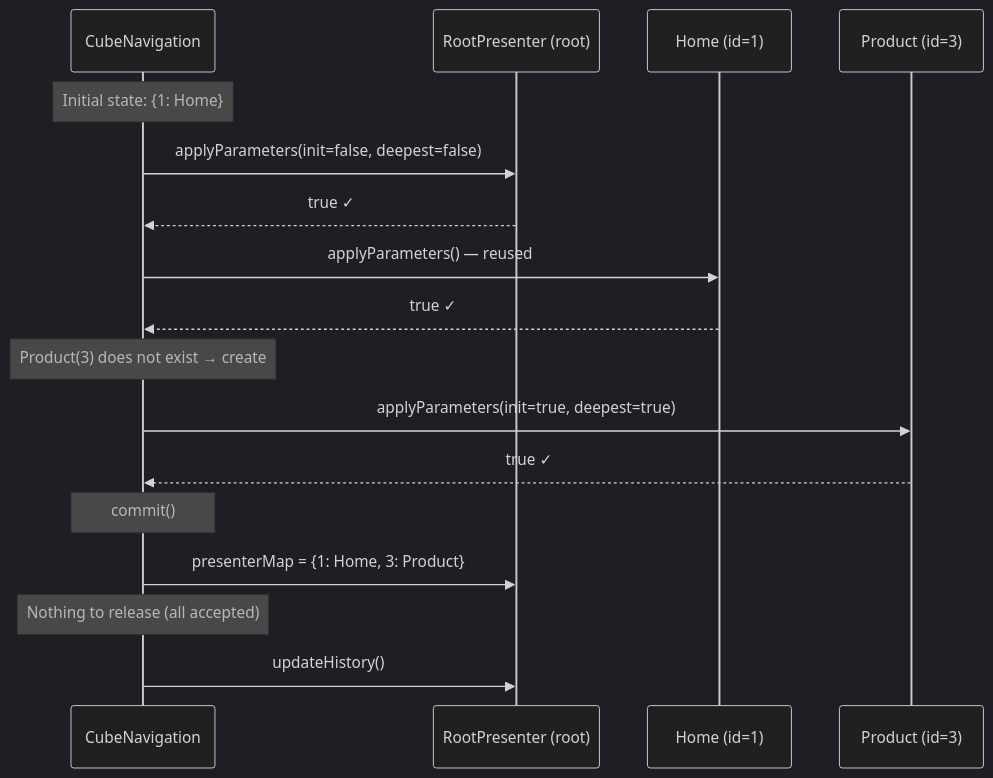
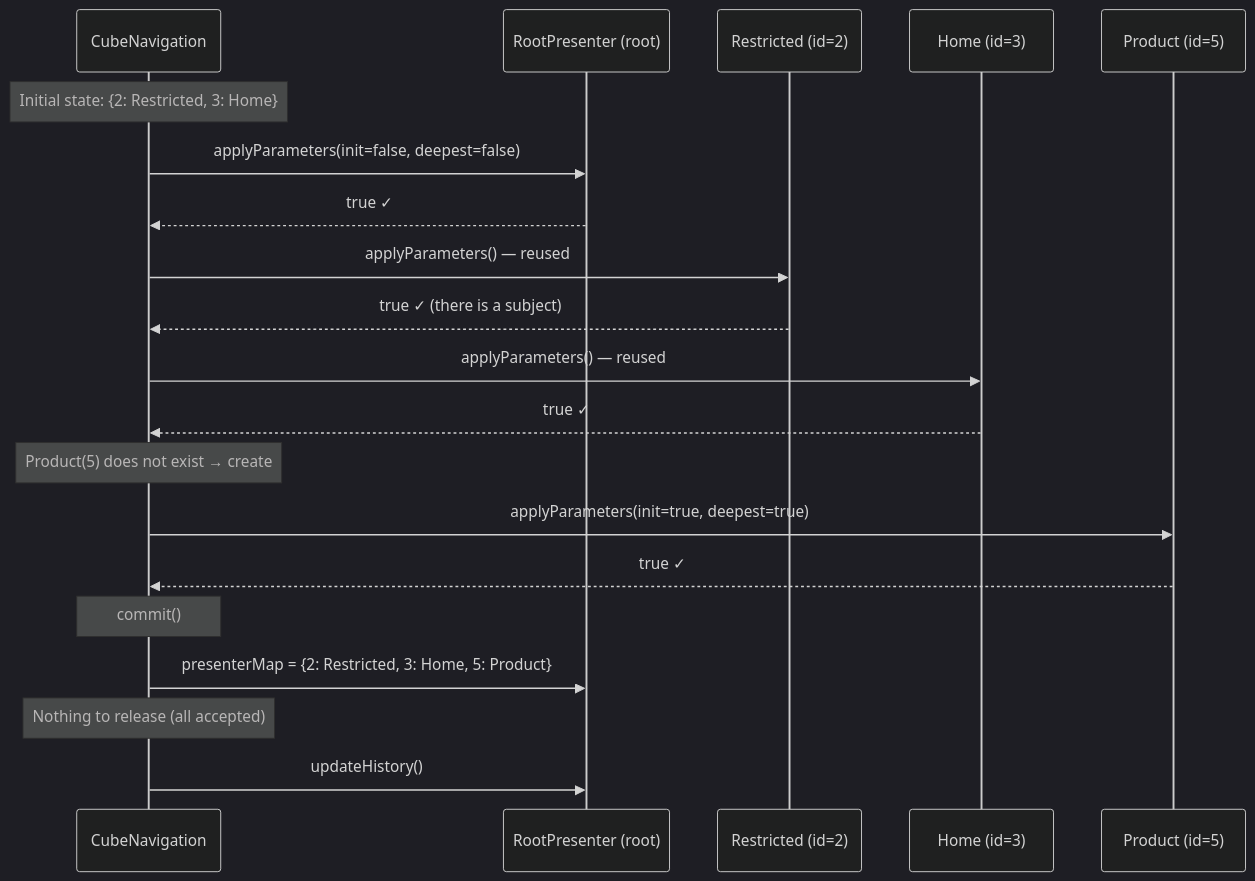
Before and after one commit to mrcdom/wdc-cube-kotlin: the eighth of 19 diagrams in docs/architecture-cube.md, drawn with Mermaid (dark theme). The commit also changed other lines of this file and 15 other files, not shown here.

````diff
--- a/docs/architecture-cube.md
+++ b/docs/architecture-cube.md
@@ -618,24 +643,28 @@
 ```mermaid
 sequenceDiagram
     participant Nav as CubeNavigation
     participant App as RootPresenter (root)
-    participant Home as Home (id=1)
-    participant Prod as Product (id=3)
+    participant Rs as Restricted (id=2)
+    participant Home as Home (id=3)
+    participant Prod as Product (id=5)
 
-    Note over Nav: Initial state: {1: Home}
+    Note over Nav: Initial state: {2: Restricted, 3: Home}
 
     Nav->>App: applyParameters(init=false, deepest=false)
     App-->>Nav: true ✓
 
+    Nav->>Rs: applyParameters() — reused
+    Rs-->>Nav: true ✓ (there is a subject)
+
     Nav->>Home: applyParameters() — reused
     Home-->>Nav: true ✓
 
-    Note over Nav: Product(3) does not exist → create
+    Note over Nav: Product(5) does not exist → create
     Nav->>Prod: applyParameters(init=true, deepest=true)
     Prod-->>Nav: true ✓
 
     Note over Nav: commit()
-    Nav->>App: presenterMap = {1: Home, 3: Product}
+    Nav->>App: presenterMap = {2: Restricted, 3: Home, 5: Product}
     Note over Nav: Nothing to release (all accepted)
     Nav->>App: updateHistory()
 ```
````
